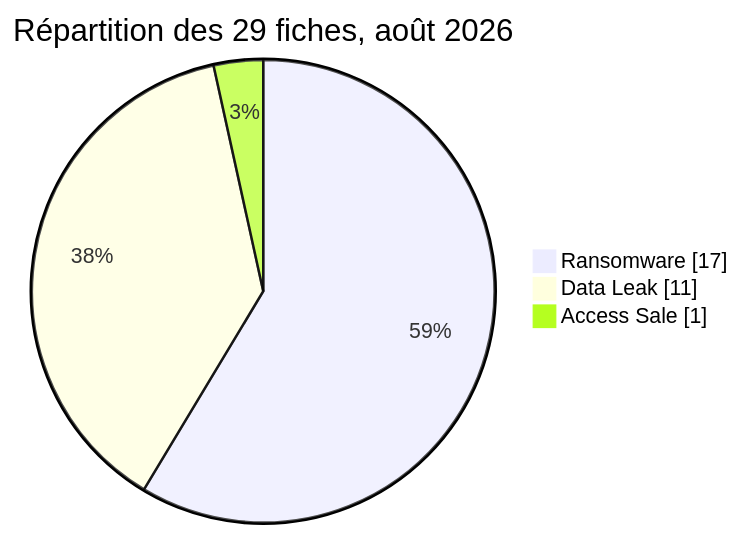
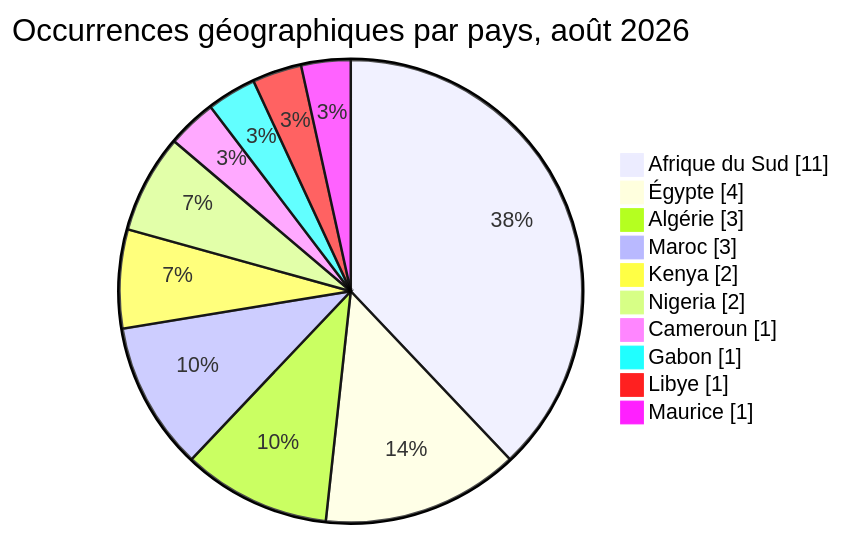
Before and after one commit to Hatchepsoute/AFRINTEL: the first of 10 diagrams in CyberAttackAfrica/2026/08-august/README_FR.md, drawn with Mermaid. The commit also changed other lines of this file and 1 other file, not shown here.

````diff
--- a/CyberAttackAfrica/2026/08-august/README_FR.md
+++ b/CyberAttackAfrica/2026/08-august/README_FR.md
@@ -115,7 +117,14 @@
 ```mermaid
 pie showData
-    title Répartition des 29 fiches, août 2026
-    "Ransomware" : 17
-    "Data Leak" : 11
-    "Access Sale" : 1
+    title Occurrences géographiques par pays, août 2026
+    "Afrique du Sud" : 11
+    "Égypte" : 4
+    "Algérie" : 3
+    "Maroc" : 3
+    "Kenya" : 2
+    "Nigeria" : 2
+    "Cameroun" : 1
+    "Gabon" : 1
+    "Libye" : 1
+    "Maurice" : 1
 ```
````
